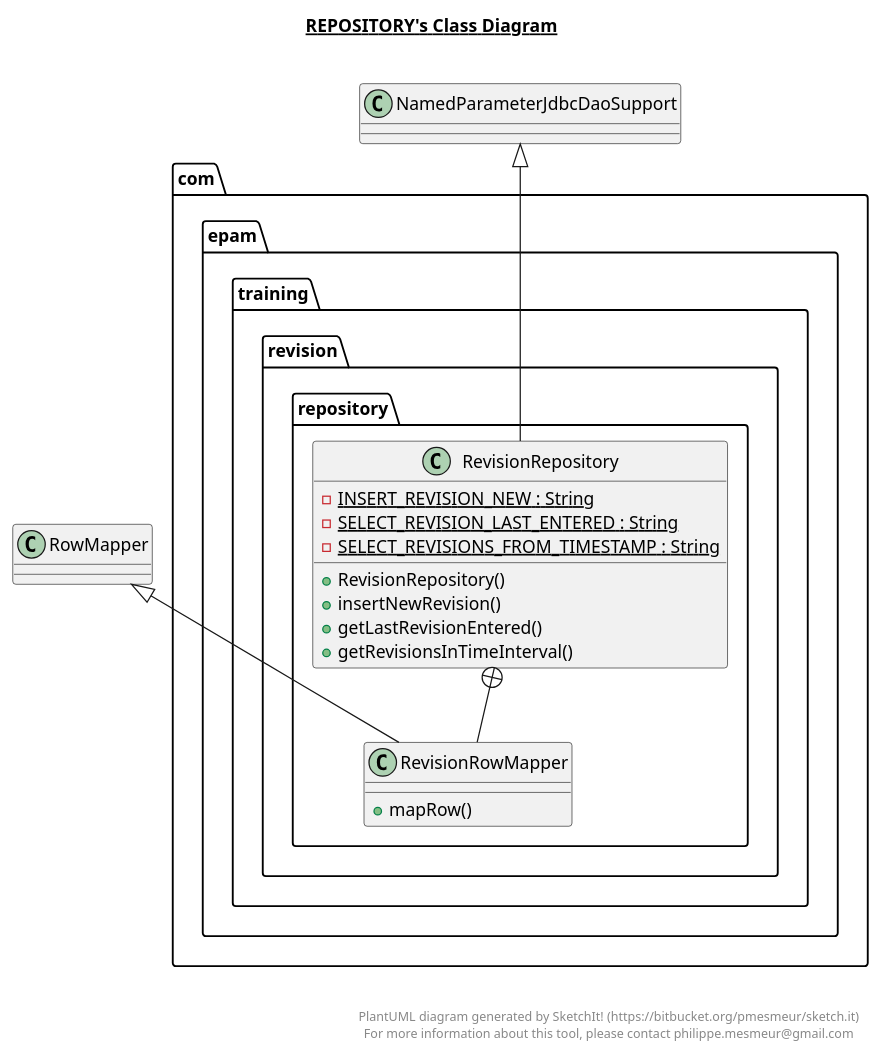
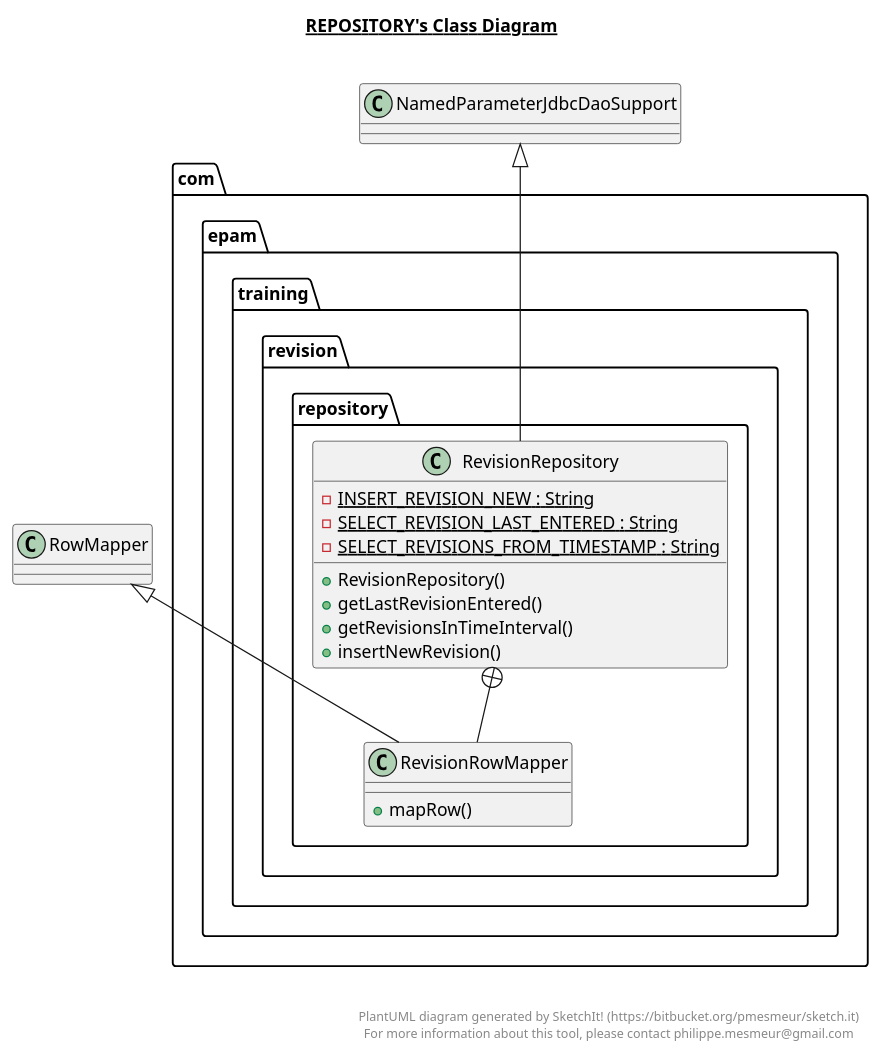
One commit to nik-nenkov/tutoring-rest-api-with-java changed the diagram in src/main/java/com/epam/training/revision/repository/repository.plantuml. Above: the diagram before and after it, drawn with PlantUML. The commit also changed other lines of this file and 28 other files, not shown here.

```diff
--- a/src/main/java/com/epam/training/revision/repository/repository.plantuml
+++ b/src/main/java/com/epam/training/revision/repository/repository.plantuml
@@ -1,41 +1,41 @@
 @startuml
 
 title __REPOSITORY's Class Diagram__\n
 
   package com.epam.training.revision {
     package com.epam.training.revision.repository {
       class RevisionRepository {
           {static} - INSERT_REVISION_NEW : String
           {static} - SELECT_REVISION_LAST_ENTERED : String
           {static} - SELECT_REVISIONS_FROM_TIMESTAMP : String
           + RevisionRepository()
-          + insertNewRevision()
           + getLastRevisionEntered()
           + getRevisionsInTimeInterval()
+          + insertNewRevision()
       }
     }
   }
   
 
   package com.epam.training.revision {
     package com.epam.training.revision.repository {
       class RevisionRowMapper {
           + mapRow()
       }
     }
   }
   
 
   RevisionRepository -up-|> NamedParameterJdbcDaoSupport
   RevisionRepository +-down- RevisionRowMapper
   RevisionRowMapper -up-|> RowMapper
 
 
 right footer
 
 
 PlantUML diagram generated by SketchIt! (https://bitbucket.org/pmesmeur/sketch.it)
 For more information about this tool, please contact philippe.mesmeur@gmail.com
 endfooter
 
 @enduml
```
